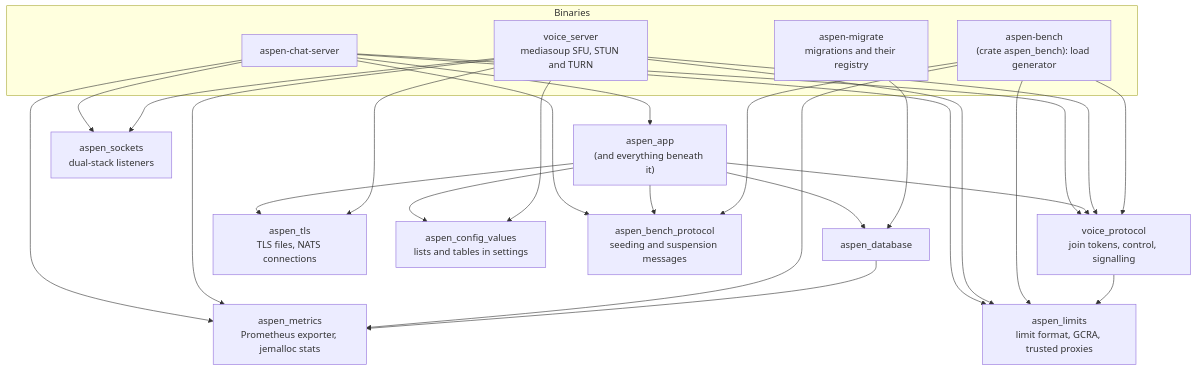
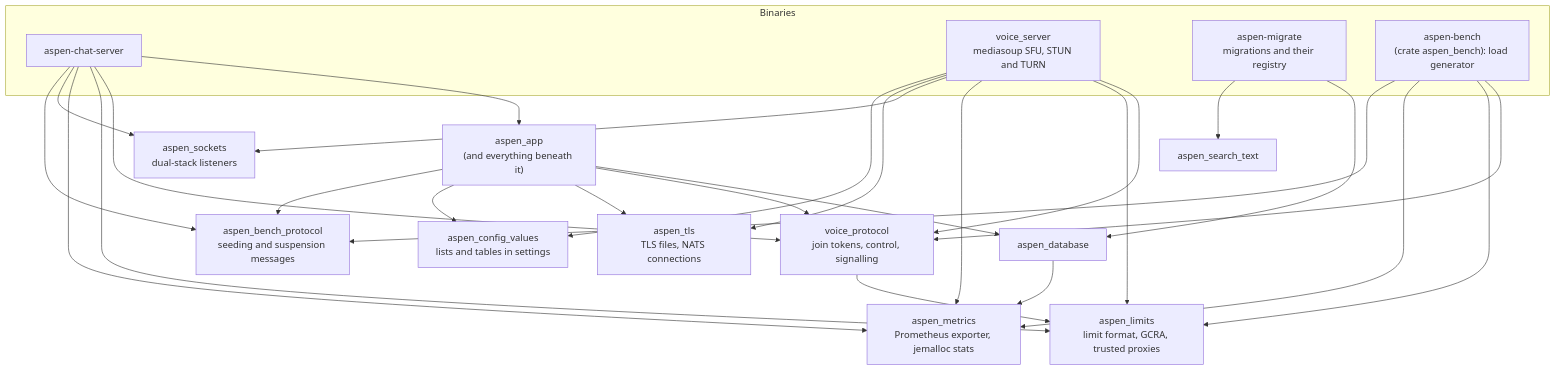
The second of 3 diagrams in docs/diagrams/crates.md (aspen-chat/aspen-chat-server), drawn with Mermaid before and after one commit. The commit also changed other lines of this file and 21 other files, not shown here.

````diff
--- a/docs/diagrams/crates.md
+++ b/docs/diagrams/crates.md
@@ -67,27 +68,28 @@
 ```mermaid
 flowchart TB
     subgraph bins["Binaries"]
         chat["aspen-chat-server"]
         voice_server["voice_server<br/>mediasoup SFU, STUN and TURN"]
         migrate["aspen-migrate<br/>migrations and their registry"]
         bench["aspen-bench<br/>(crate aspen_bench): load generator"]
     end
 
     app["aspen_app<br/>(and everything beneath it)"]
     database["aspen_database"]
+    search_text["aspen_search_text"]
     voice_protocol["voice_protocol<br/>join tokens, control, signalling"]
     limits["aspen_limits<br/>limit format, GCRA, trusted proxies"]
     metrics["aspen_metrics<br/>Prometheus exporter, jemalloc stats"]
     sockets["aspen_sockets<br/>dual-stack listeners"]
     tls["aspen_tls<br/>TLS files, NATS connections"]
     config_values["aspen_config_values<br/>lists and tables in settings"]
     bench_protocol["aspen_bench_protocol<br/>seeding and suspension messages"]
 
     chat --> app & voice_protocol & limits & metrics & sockets & bench_protocol
     app --> database & voice_protocol & tls & config_values & bench_protocol
     voice_server --> voice_protocol & limits & metrics & sockets & tls & config_values
-    migrate --> database
+    migrate --> database & search_text
     bench --> voice_protocol & limits & metrics & bench_protocol
     voice_protocol --> limits
     database --> metrics
 ```
````
